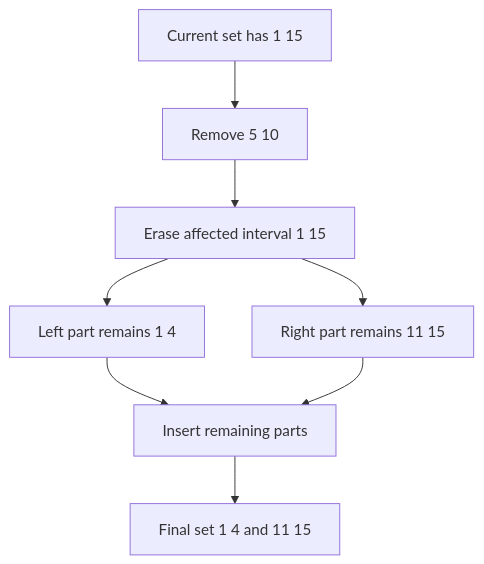
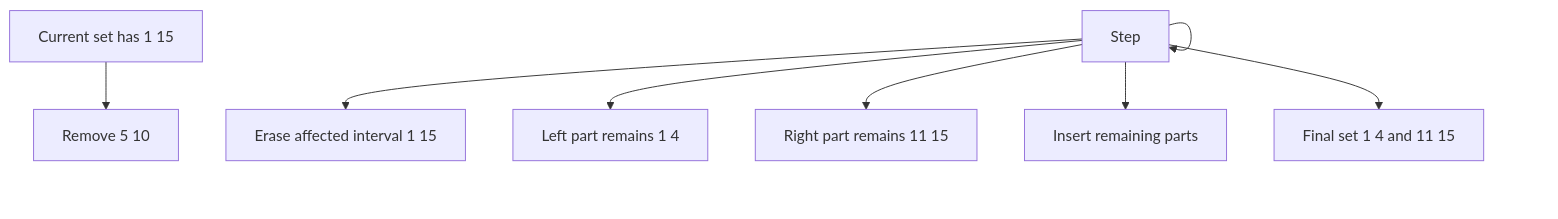
One commit to mthaiseer/springcloud-systemdesign-notes changed diagram 12 of 35 in CP_DSA_NOTES/001_TOPIC_WISE/001_STL_RANGE_QUERY_SWEEPLINE.md. Above: the diagram before and after it, drawn with Mermaid. The commit also changed other lines of this file and 1 other file, not shown here.

````diff
--- a/CP_DSA_NOTES/001_TOPIC_WISE/001_STL_RANGE_QUERY_SWEEPLINE.md
+++ b/CP_DSA_NOTES/001_TOPIC_WISE/001_STL_RANGE_QUERY_SWEEPLINE.md
@@ -852,10 +852,10 @@
 ```mermaid
 flowchart TD
-    A["Current set has 1 15"] --> B["Remove 5 10"]
-    B --> C["Erase affected interval 1 15"]
-    C --> D["Left part remains 1 4"]
-    C --> E["Right part remains 11 15"]
-    D --> F["Insert remaining parts"]
-    E --> F
-    F --> G["Final set 1 4 and 11 15"]
+    N1["Current set has 1 15"] --> N2["Remove 5 10"]
+    N3["Step"] --> N4["Erase affected interval 1 15"]
+    N3["Step"] --> N5["Left part remains 1 4"]
+    N3["Step"] --> N6["Right part remains 11 15"]
+    N3["Step"] --> N7["Insert remaining parts"]
+    N3["Step"] --> N3["Step"]
+    N3["Step"] --> N8["Final set 1 4 and 11 15"]
 ```
````
